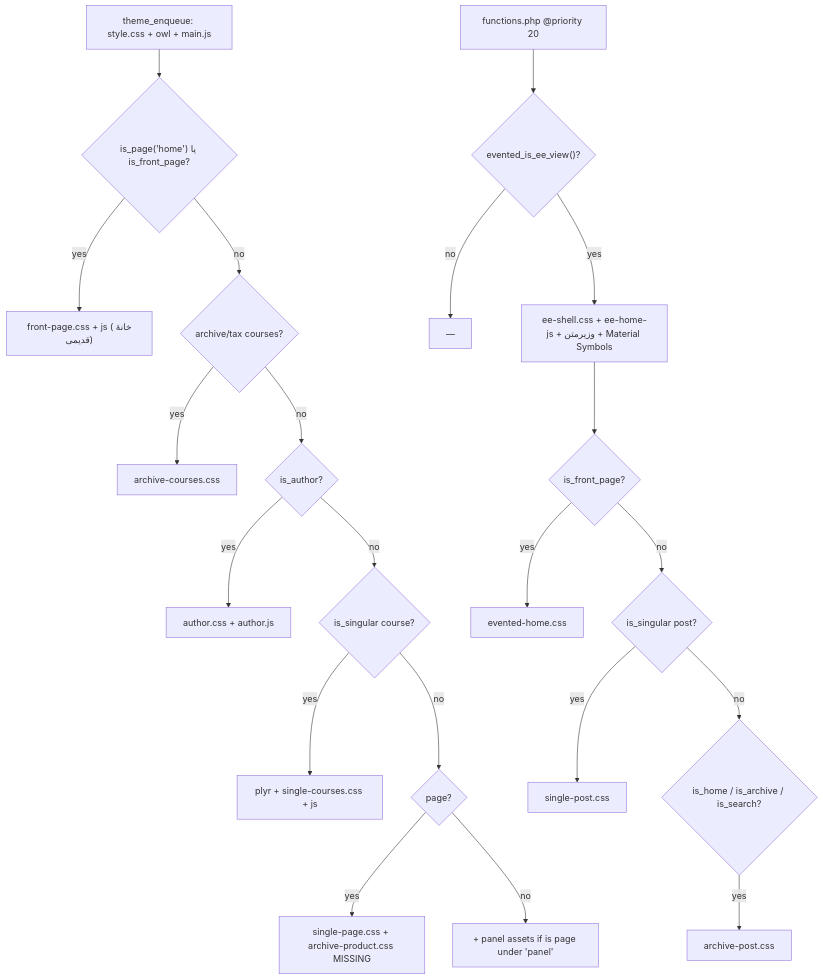
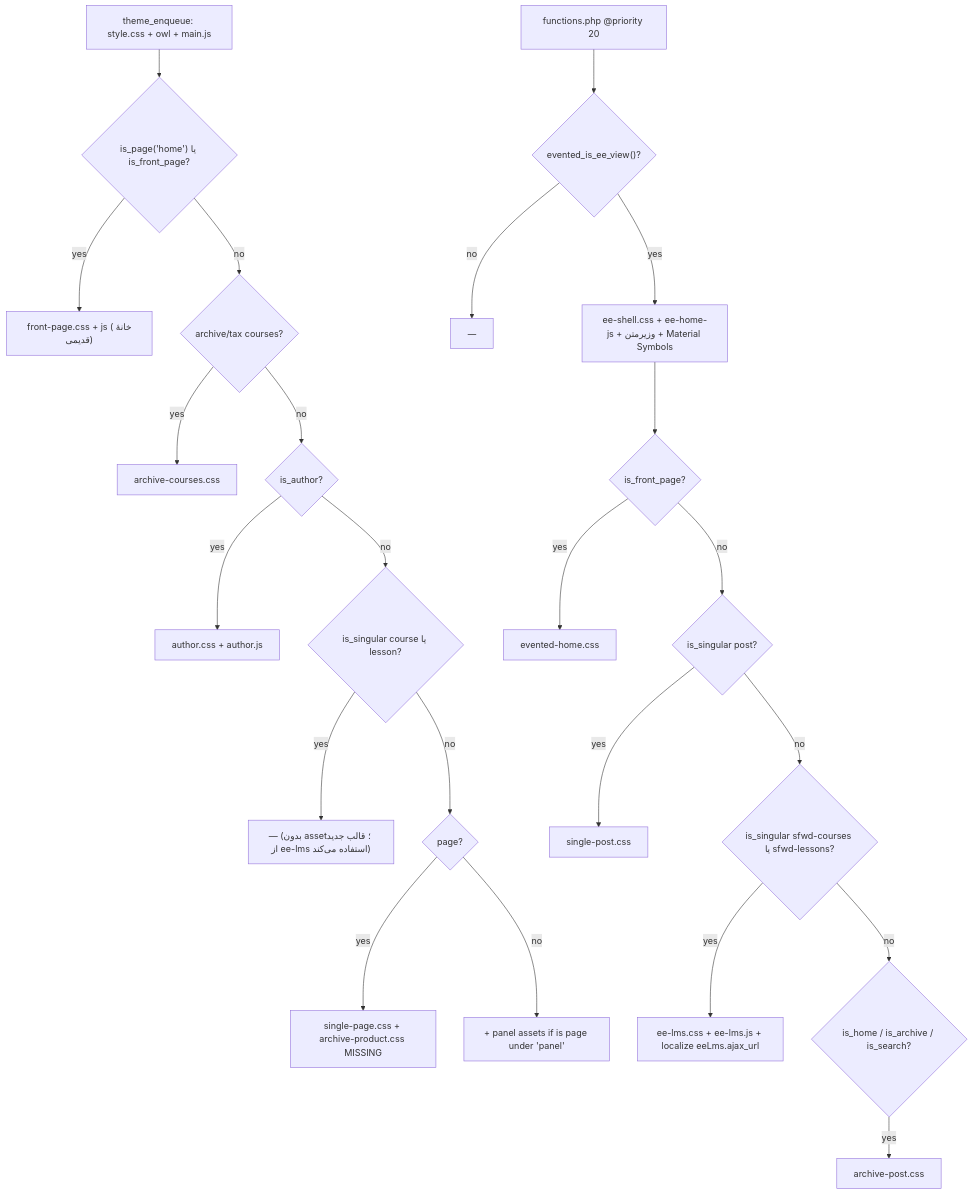
One commit to ahmad75naraghi/learndash-theme changed the seventh of 7 diagrams in ARCHITECTURE.md. Above: the diagram before and after it, drawn with Mermaid. The commit also changed other lines of this file and 14 other files, not shown here.

First line of the commit message:
feat(lms): بازطراحی صفحهٔ دوره + قالب جدید صفحهٔ درس با پوستهٔ evented-edu

````diff
--- a/ARCHITECTURE.md
+++ b/ARCHITECTURE.md
@@ -273,24 +312,26 @@
 ```mermaid
 flowchart TD
     START["theme_enqueue: style.css + owl + main.js"] --> C1{"is_page('home') یا is_front_page?"}
     C1 -- yes --> FP["front-page.css + js (خانهٔ قدیمی)"]
     C1 -- no --> C2{"archive/tax courses?"}
     C2 -- yes --> AC["archive-courses.css"]
     C2 -- no --> C3{"is_author?"}
     C3 -- yes --> AU["author.css + author.js"]
-    C3 -- no --> C4{"is_singular course?"}
-    C4 -- yes --> CS["plyr + single-courses.css + js"]
+    C3 -- no --> C4{"is_singular course یا lesson?"}
+    C4 -- yes --> CS["— (بدون asset؛ قالب جدید از ee-lms استفاده می‌کند)"]
     C4 -- no --> C7{"page?"}
     C7 -- yes --> SGP["single-page.css + archive-product.css MISSING"]
     C7 -- no --> END["+ panel assets if is page under 'panel'"]
 
     START2["functions.php @priority 20"] --> EE{"evented_is_ee_view()?"}
     EE -- no --> SKIP["—"]
     EE -- yes --> SHELL["ee-shell.css + ee-home-js + وزیرمتن + Material Symbols"]
     SHELL --> B1{"is_front_page?"}
     B1 -- yes --> EEH["evented-home.css"]
     B1 -- no --> B2{"is_singular post?"}
     B2 -- yes --> SPC["single-post.css"]
-    B2 -- no --> B3{"is_home / is_archive / is_search?"}
+    B2 -- no --> B4{"is_singular sfwd-courses یا sfwd-lessons?"}
+    B4 -- yes --> LMSC["ee-lms.css + ee-lms.js + localize eeLms.ajax_url"]
+    B4 -- no --> B3{"is_home / is_archive / is_search?"}
     B3 -- yes --> APC["archive-post.css"]
 ```
````
